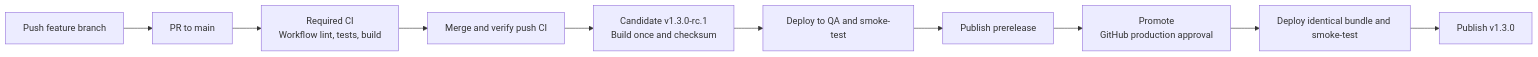
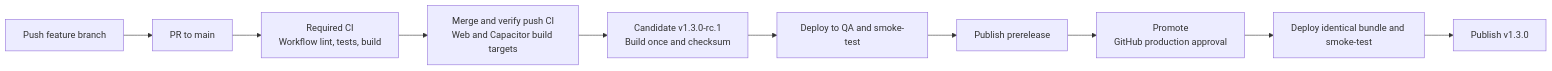
The first of 2 diagrams in docs/ci-cd.md (rahshin/timeandate), drawn with Mermaid before and after one commit. The commit also changed other lines of this file and 39 other files, not shown here.

````diff
--- a/docs/ci-cd.md
+++ b/docs/ci-cd.md
@@ -5,12 +5,12 @@
 ```mermaid
 flowchart LR
   A["Push feature branch"] --> B["PR to main"]
   B --> C["Required CI<br />Workflow lint, tests, build"]
-  C --> D["Merge and verify push CI"]
+  C --> D["Merge and verify push CI<br />Web and Capacitor build targets"]
   D --> E["Candidate v1.3.0-rc.1<br />Build once and checksum"]
   E --> F["Deploy to QA and smoke-test"]
   F --> G["Publish prerelease"]
   G --> H["Promote<br />GitHub production approval"]
   H --> I["Deploy identical bundle and smoke-test"]
   I --> J["Publish v1.3.0"]
 ```
````
